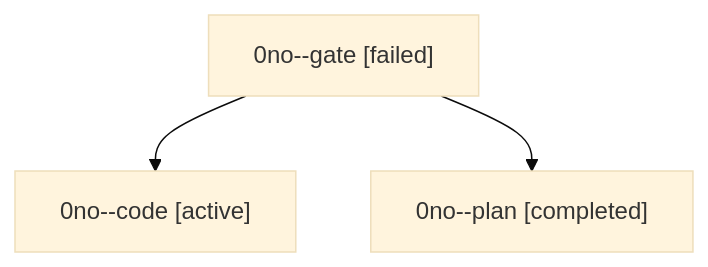
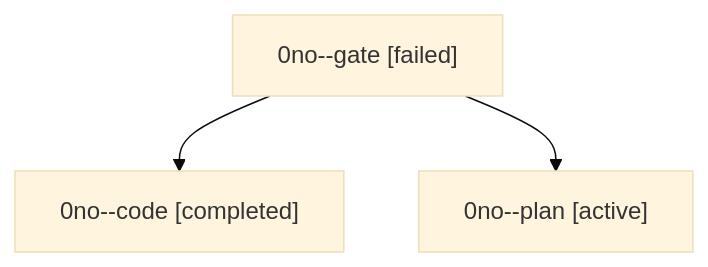
One commit to sase-org/sase--agents changed the diagram in families/bbugyi200.athena.0no.md. Above: the diagram before and after it, drawn with Mermaid (base theme). The commit also changed other lines of this file and 35830 other files, not shown here.

````diff
--- a/families/bbugyi200.athena.0no.md
+++ b/families/bbugyi200.athena.0no.md
@@ -9,8 +9,8 @@
 ```mermaid
 flowchart TD
   n0["0no--gate [failed]"]
-  n1["0no--code [active]"]
+  n1["0no--code [completed]"]
   n0 --> n1
-  n2["0no--plan [completed]"]
+  n2["0no--plan [active]"]
   n0 --> n2
 ```
````
